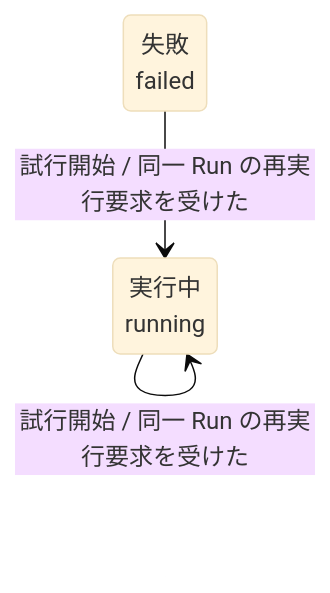
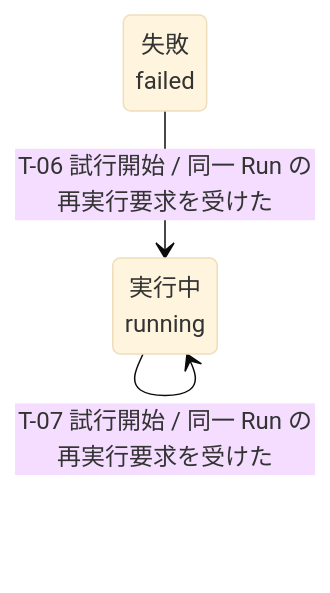
Before and after one commit to specdojo/specdojo: the second of 2 diagrams in docs/ja/product/010-business-specs/020-data-model/stsd-job-run.md, drawn with Mermaid (base theme). The commit also changed other lines of this file and 5 other files, not shown here.

````diff
--- a/docs/ja/product/010-business-specs/020-data-model/stsd-job-run.md
+++ b/docs/ja/product/010-business-specs/020-data-model/stsd-job-run.md
@@ -63,7 +83,7 @@
 ```mermaid
 stateDiagram-v2
   state "実行中<br>running" as running
   state "失敗<br>failed" as failed
-  failed --> running : 試行開始 / 同一 Run の再実行要求を受けた
-  running --> running : 試行開始 / 同一 Run の再実行要求を受けた
+  failed --> running : T-06 試行開始 / 同一 Run の再実行要求を受けた
+  running --> running : T-07 試行開始 / 同一 Run の再実行要求を受けた
 ```
````
